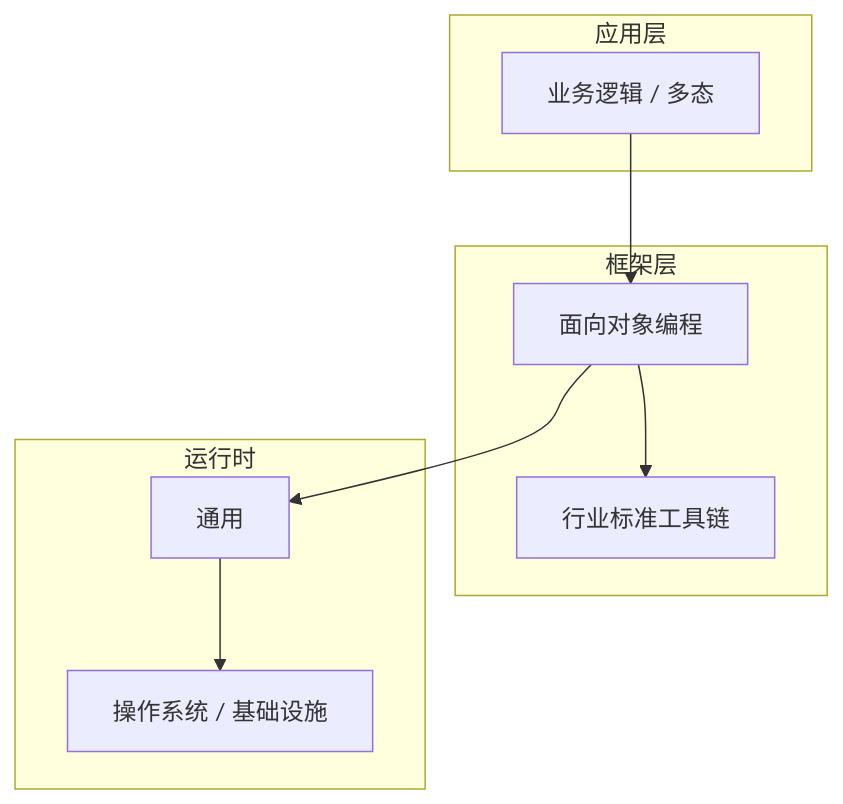
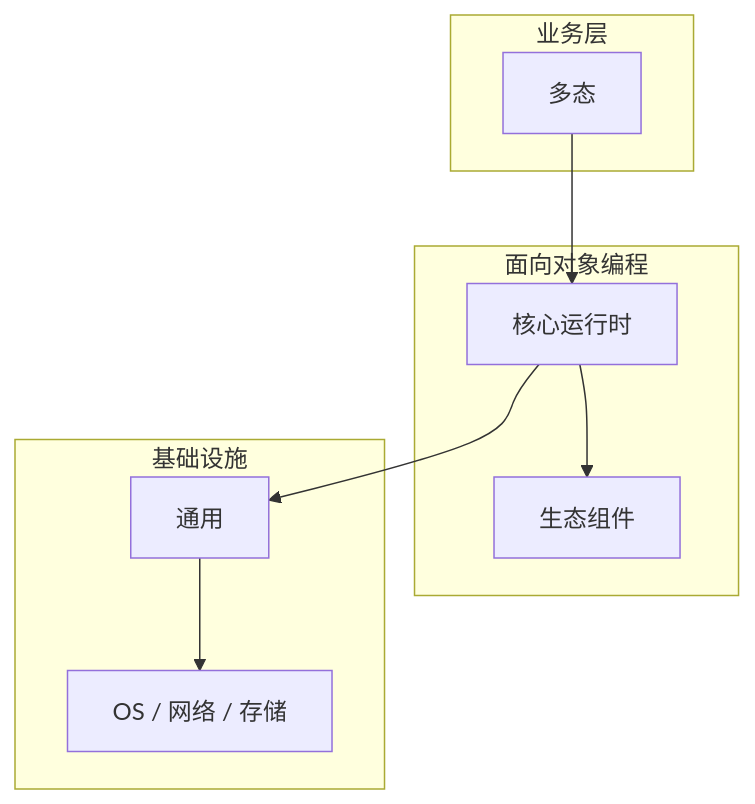
Before and after one commit to yanggan2015/knowledge-json-v2: the diagram in articles/面向对象编程/chapters/025-多态核心概念与原理.md, drawn with Mermaid. The commit also changed other lines of this file and 10127 other files, not shown here.

````diff
--- a/articles/面向对象编程/chapters/025-多态核心概念与原理.md
+++ b/articles/面向对象编程/chapters/025-多态核心概念与原理.md
@@ -45,18 +34,18 @@
 ```mermaid
 graph TB
-    subgraph 应用层
-        A[业务逻辑 / 多态]
+    subgraph 业务层
+        A[多态]
     end
-    subgraph 框架层
-        B[面向对象编程]
-        C[行业标准工具链]
+    subgraph 面向对象编程
+        B[核心运行时]
+        C[生态组件]
     end
-    subgraph 运行时
+    subgraph 基础设施
         D[通用]
-        E[操作系统 / 基础设施]
+        E[OS / 网络 / 存储]
     end
     A --> B
     B --> C
     B --> D
     D --> E
 ```
````
